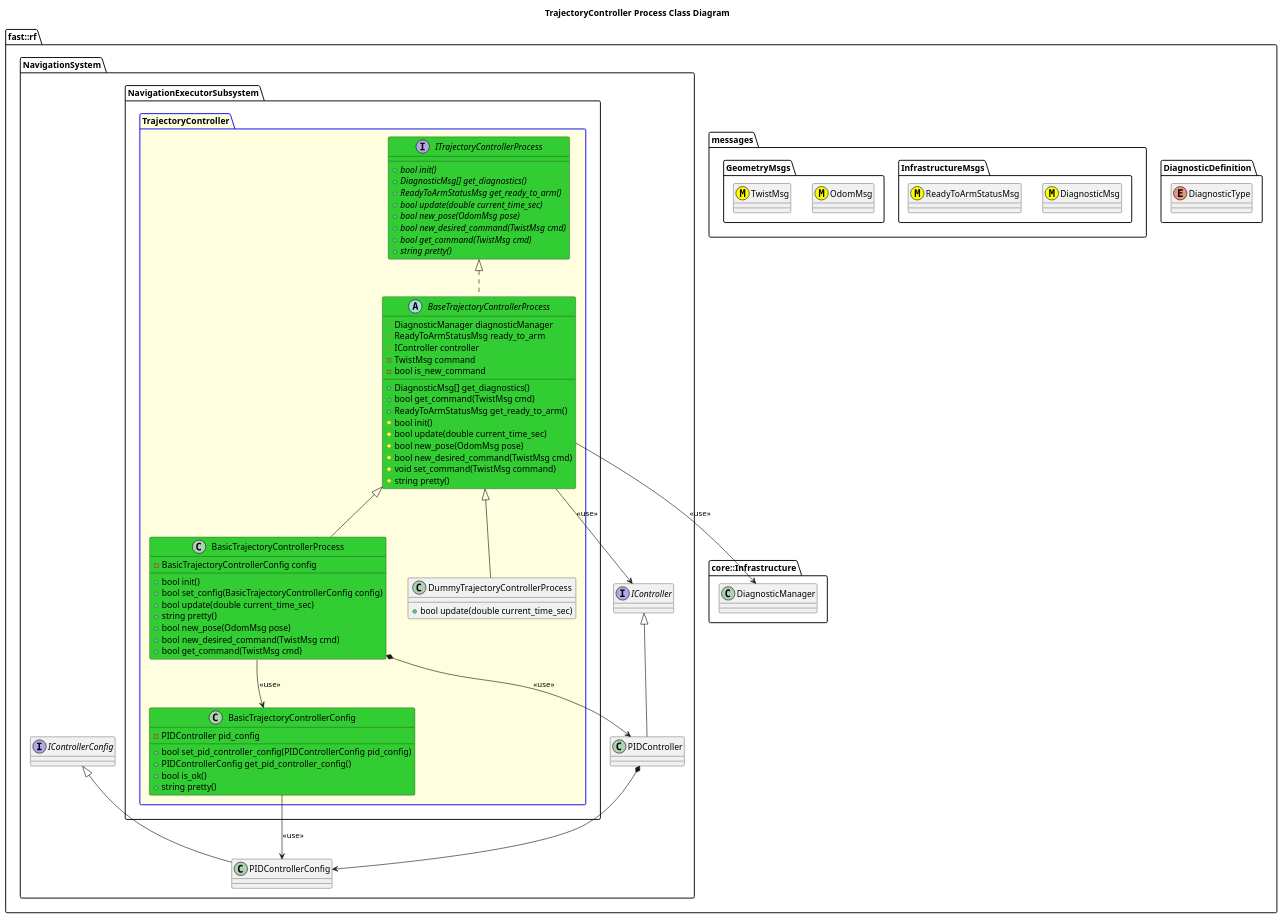
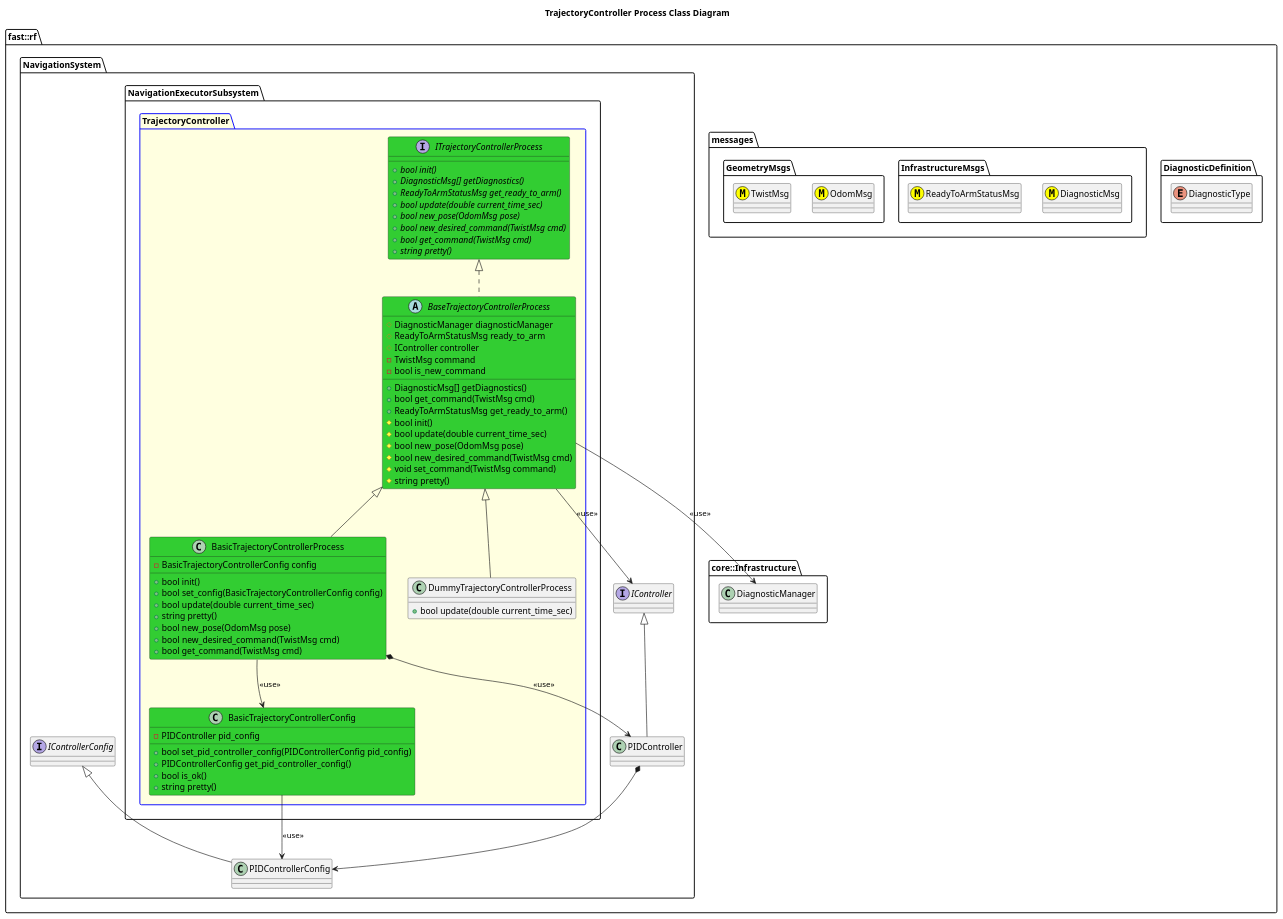
Before and after one commit to fastrobotics/robot_framework: the diagram in Systems/Navigation/Subsystems/NavigationExecutor/Processes/TrajectoryController/doc/puml/TrajectoryControllerProcessClassDiagram.puml, drawn with PlantUML. The commit also changed 100 other files, not shown here.

```diff
--- a/Systems/Navigation/Subsystems/NavigationExecutor/Processes/TrajectoryController/doc/puml/TrajectoryControllerProcessClassDiagram.puml
+++ b/Systems/Navigation/Subsystems/NavigationExecutor/Processes/TrajectoryController/doc/puml/TrajectoryControllerProcessClassDiagram.puml
@@ -1,94 +1,94 @@
 @startuml
 title TrajectoryController Process Class Diagram
 
 namespace fast::rf {
   namespace DiagnosticDefinition {
     enum DiagnosticType
   }
   namespace messages {
     namespace InfrastructureMsgs {
       class DiagnosticMsg <<(M,#FFFF00)>>
       class ReadyToArmStatusMsg <<(M,#FFFF00)>>
     }
     namespace GeometryMsgs {
       class OdomMsg <<(M,#FFFF00)>>
       class TwistMsg <<(M,#FFFF00)>>
     }
   }
   namespace core::Infrastructure {
     class DiagnosticManager
   }
   namespace NavigationSystem {
     interface IController
     interface IControllerConfig
     class PIDController
     PIDController -up-|> IController
     
     class PIDControllerConfig
     PIDControllerConfig -up-|> IControllerConfig
     PIDController *--> PIDControllerConfig
     namespace NavigationExecutorSubsystem {
       package TrajectoryController #LightYellow;line:blue {
         interface ITrajectoryControllerProcess #LimeGreen  {
           +{abstract} bool init()
-          +{abstract} DiagnosticMsg[] get_diagnostics()
+          +{abstract} DiagnosticMsg[] getDiagnostics()
           +{abstract} ReadyToArmStatusMsg get_ready_to_arm()
           +{abstract} bool update(double current_time_sec)
           +{abstract} bool new_pose(OdomMsg pose)
           +{abstract} bool new_desired_command(TwistMsg cmd)
           +{abstract} bool get_command(TwistMsg cmd)
           +{abstract} string pretty()
         }
         abstract BaseTrajectoryControllerProcess #LimeGreen {
-          +DiagnosticMsg[] get_diagnostics()
+          +DiagnosticMsg[] getDiagnostics()
           +bool get_command(TwistMsg cmd)
           +ReadyToArmStatusMsg get_ready_to_arm()
           #bool init()
           #bool update(double current_time_sec)
           #bool new_pose(OdomMsg pose)
           #bool new_desired_command(TwistMsg cmd)
           #void set_command(TwistMsg command)
           #string pretty()
           #DiagnosticManager diagnosticManager
           #ReadyToArmStatusMsg ready_to_arm
           #IController controller
           -TwistMsg command
           -bool is_new_command
 
         }
         BaseTrajectoryControllerProcess --> IController: <<use>>
         BaseTrajectoryControllerProcess --> DiagnosticManager: <<use>>
         BaseTrajectoryControllerProcess .up.|> ITrajectoryControllerProcess
         class BasicTrajectoryControllerConfig #LimeGreen {
           +bool set_pid_controller_config(PIDControllerConfig pid_config)
           +PIDControllerConfig get_pid_controller_config()
           +bool is_ok()
           +string pretty()
           -PIDController pid_config
         }
 
         BasicTrajectoryControllerConfig --> PIDControllerConfig: <<use>>
         class BasicTrajectoryControllerProcess #LimeGreen {
           +bool init()
           +bool set_config(BasicTrajectoryControllerConfig config)
           +bool update(double current_time_sec)
           +string pretty()
           +bool new_pose(OdomMsg pose)
           +bool new_desired_command(TwistMsg cmd)
           +bool get_command(TwistMsg cmd)
           -BasicTrajectoryControllerConfig config
           
          
         }
         BasicTrajectoryControllerProcess -up-|> BaseTrajectoryControllerProcess
         BasicTrajectoryControllerProcess --> BasicTrajectoryControllerConfig: <<use>>
         BasicTrajectoryControllerProcess *-> PIDController: <<use>>
         class DummyTrajectoryControllerProcess {
           +bool update(double current_time_sec)
         }
         DummyTrajectoryControllerProcess -up-|> BaseTrajectoryControllerProcess
       }
     }
   }
 }
 @enduml
```
